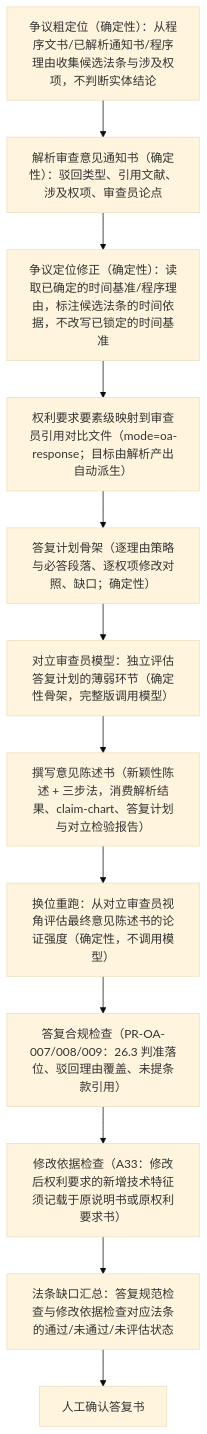
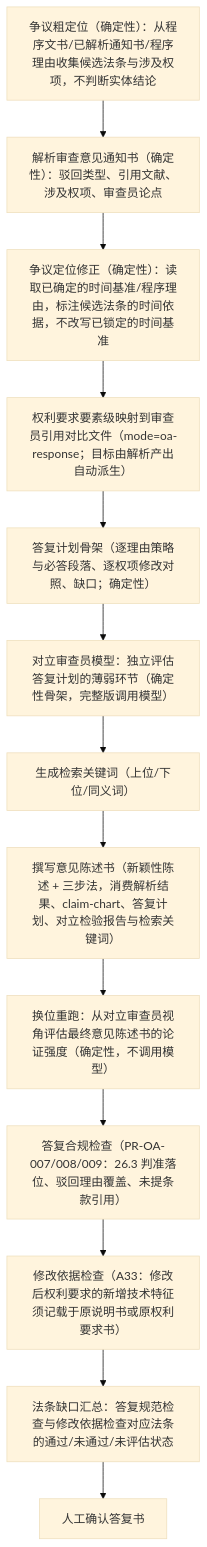
The diagram in snapshots/session/patent-oa-response/workspace.expected/data/cases/CN2024-0001/workflow-runs/CN2024-0001__patent_oa_response_v1.mmd (xujian519/deepseek-harness), drawn with Mermaid (base theme) before and after one commit. The commit also changed 15 other files, not shown here.

```diff
--- a/snapshots/session/patent-oa-response/workspace.expected/data/cases/CN2024-0001/workflow-runs/CN2024-0001__patent_oa_response_v1.mmd
+++ b/snapshots/session/patent-oa-response/workspace.expected/data/cases/CN2024-0001/workflow-runs/CN2024-0001__patent_oa_response_v1.mmd
@@ -1,24 +1,26 @@
 flowchart TD
   dispute-framing["争议粗定位（确定性）：从程序文书/已解析通知书/程序理由收集候选法条与涉及权项，不判断实体结论"]
   parse["解析审查意见通知书（确定性）：驳回类型、引用文献、涉及权项、审查员论点"]
   dispute-framing-refine["争议定位修正（确定性）：读取已确定的时间基准/程序理由，标注候选法条的时间依据，不改写已锁定的时间基准"]
   claim-chart["权利要求要素级映射到审查员引用对比文件（mode=oa-response；目标由解析产出自动派生）"]
   response-plan["答复计划骨架（逐理由策略与必答段落、逐权项修改对照、缺口；确定性）"]
   adversary-model["对立审查员模型：独立评估答复计划的薄弱环节（确定性骨架，完整版调用模型）"]
-  draft["撰写意见陈述书（新颖性陈述 + 三步法，消费解析结果、claim-chart、答复计划与对立检验报告）"]
+  generate_keywords["生成检索关键词（上位/下位/同义词）"]
+  draft["撰写意见陈述书（新颖性陈述 + 三步法，消费解析结果、claim-chart、答复计划、对立检验报告与检索关键词）"]
   adversary-review["换位重跑：从对立审查员视角评估最终意见陈述书的论证强度（确定性，不调用模型）"]
   response_check["答复合规检查（PR-OA-007/008/009：26.3 判准落位、驳回理由覆盖、未提条款引用）"]
   amendment_basis["修改依据检查（A33：修改后权利要求的新增技术特征须记载于原说明书或原权利要求书）"]
   legal_gaps["法条缺口汇总：答复规范检查与修改依据检查对应法条的通过/未通过/未评估状态"]
   approval["人工确认答复书"]
   dispute-framing --> parse
   parse --> dispute-framing-refine
   dispute-framing-refine --> claim-chart
   claim-chart --> response-plan
   response-plan --> adversary-model
-  adversary-model --> draft
+  adversary-model --> generate_keywords
+  generate_keywords --> draft
   draft --> adversary-review
   adversary-review --> response_check
   response_check --> amendment_basis
   amendment_basis --> legal_gaps
   legal_gaps --> approval
```
